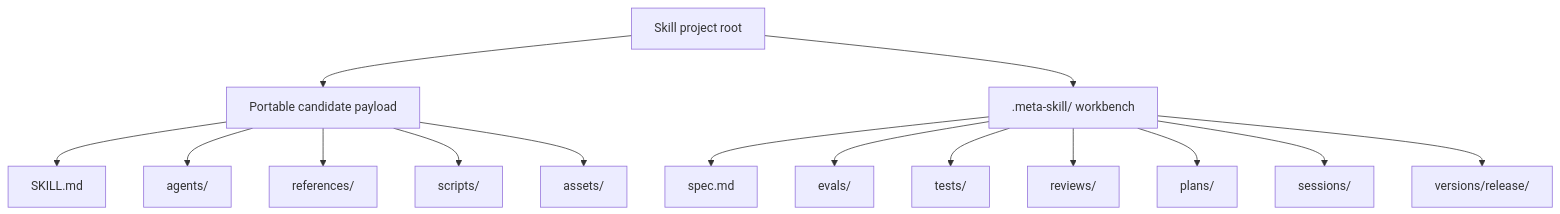
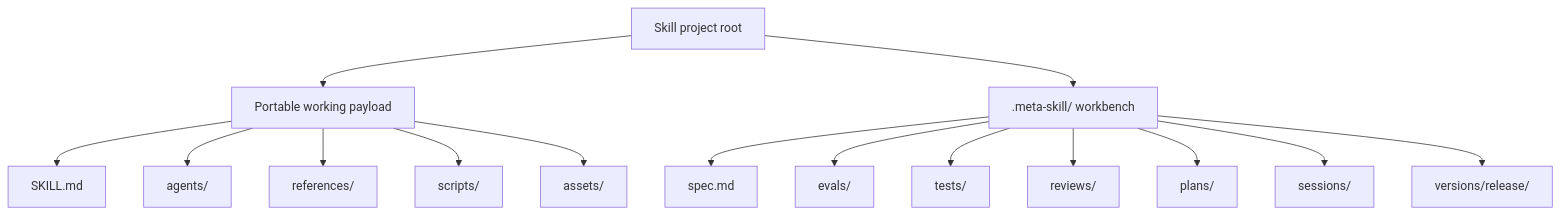
Before and after one commit to rishirsv/dots: the second of 6 diagrams in plugins/meta-skill/architecture.md, drawn with Mermaid. The commit also changed other lines of this file and 29 other files, not shown here.

````diff
--- a/plugins/meta-skill/architecture.md
+++ b/plugins/meta-skill/architecture.md
@@ -56,17 +56,17 @@
 ```mermaid
 flowchart TB
-  root["Skill project root"] --> payload["Portable candidate payload"]
+  root["Skill project root"] --> payload["Portable working payload"]
   root --> workbench[".meta-skill/ workbench"]
   payload --> skill["SKILL.md"]
   payload --> agents["agents/"]
   payload --> refs["references/"]
   payload --> scripts["scripts/"]
   payload --> assets["assets/"]
   workbench --> spec["spec.md"]
   workbench --> evals["evals/"]
   workbench --> tests["tests/"]
   workbench --> reviews["reviews/"]
   workbench --> plans["plans/"]
   workbench --> sessions["sessions/"]
   workbench --> versions["versions/release/"]
 ```
````
